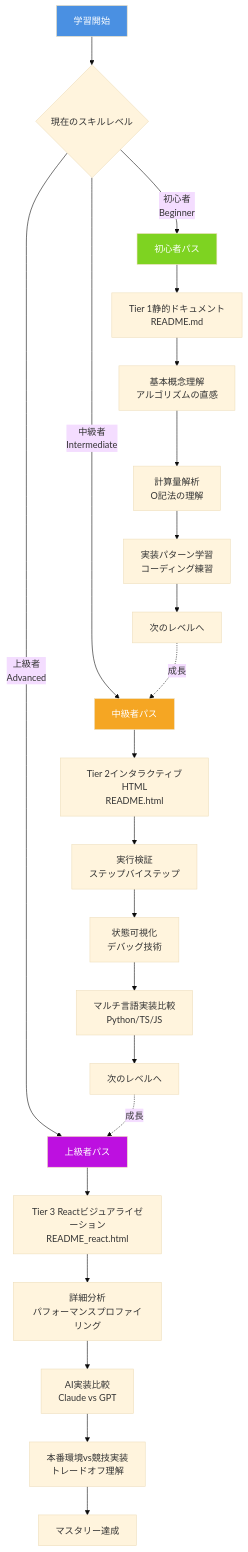
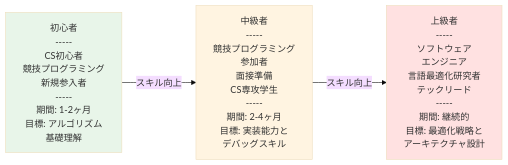
Diagram 11 of 11 in README.md (myoshi2891/Algorithm-DataStructures-Math-SQL), drawn with Mermaid (base theme) before and after one commit. The commit also changed other lines of this file, not shown here.

````diff
--- a/README.md
+++ b/README.md
@@ -984,34 +615,15 @@
 ```mermaid
-graph TD
-    Start[学習開始] --> Level{現在のスキルレベル}
-
-    Level -->|初心者<br/>Beginner| Path1[初心者パス]
-    Level -->|中級者<br/>Intermediate| Path2[中級者パス]
-    Level -->|上級者<br/>Advanced| Path3[上級者パス]
-
-    Path1 --> B1[Tier 1静的ドキュメント<br/>README.md]
-    B1 --> B2[基本概念理解<br/>アルゴリズムの直感]
-    B2 --> B3[計算量解析<br/>O記法の理解]
-    B3 --> B4[実装パターン学習<br/>コーディング練習]
-    B4 --> Progress1[次のレベルへ]
-
-    Path2 --> I1[Tier 2インタラクティブHTML<br/>README.html]
-    I1 --> I2[実行検証<br/>ステップバイステップ]
-    I2 --> I3[状態可視化<br/>デバッグ技術]
-    I3 --> I4[マルチ言語実装比較<br/>Python/TS/JS]
-    I4 --> Progress2[次のレベルへ]
-
-    Path3 --> A1[Tier 3 Reactビジュアライゼーション<br/>README_react.html]
-    A1 --> A2[詳細分析<br/>パフォーマンスプロファイリング]
-    A2 --> A3[AI実装比較<br/>Claude vs GPT]
-    A3 --> A4[本番環境vs競技実装<br/>トレードオフ理解]
-    A4 --> Progress3[マスタリー達成]
-
-    Progress1 -.->|成長| Path2
-    Progress2 -.->|成長| Path3
-
-    style Start fill:#4A90E2,color:#fff
-    style Path1 fill:#7ED321,color:#fff
-    style Path2 fill:#F5A623,color:#fff
-    style Path3 fill:#BD10E0,color:#fff
+graph LR
+    Beginner[初心者<br/>-----<br/>CS初心者<br/>競技プログラミング<br/>新規参入者<br/>-----<br/>期間: 1-2ヶ月<br/>目標: アルゴリズム<br/>基礎理解]
+    
+    Intermediate[中級者<br/>-----<br/>競技プログラミング<br/>参加者<br/>面接準備<br/>CS専攻学生<br/>-----<br/>期間: 2-4ヶ月<br/>目標: 実装能力と<br/>デバッグスキル]
+    
+    Advanced[上級者<br/>-----<br/>ソフトウェア<br/>エンジニア<br/>言語最適化研究者<br/>テックリード<br/>-----<br/>期間: 継続的<br/>目標: 最適化戦略と<br/>アーキテクチャ設計]
+    
+    Beginner -->|スキル向上| Intermediate
+    Intermediate -->|スキル向上| Advanced
+    
+    style Beginner fill:#e8f5e9
+    style Intermediate fill:#fff4e1
+    style Advanced fill:#ffe1e1
 ```
````
